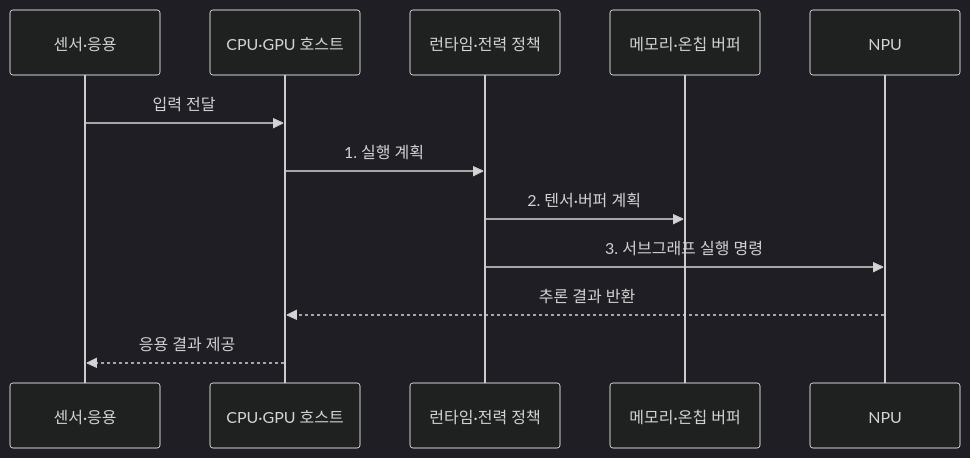
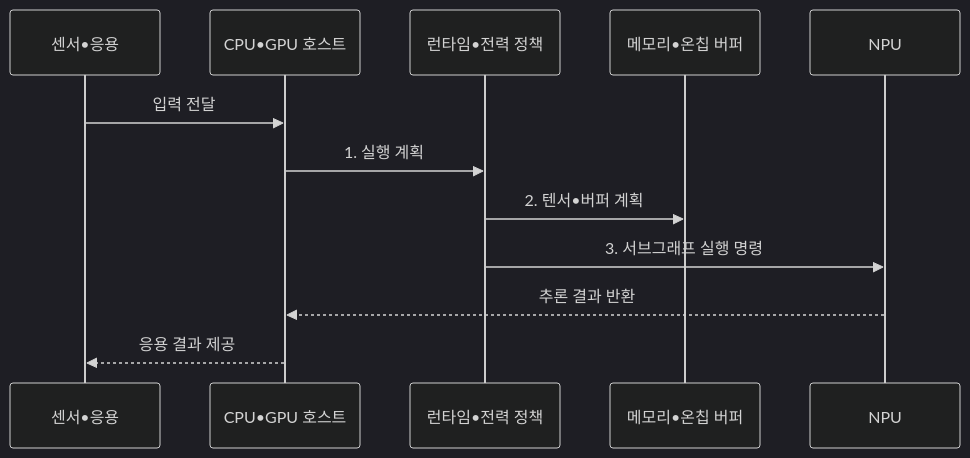
The second of 2 diagrams in src/content/docs/notes/02-hardware/084_soc_on_device_ai_chip.md (agnusdei1207/knowledge-base), drawn with Mermaid (dark theme) before and after one commit. The commit also changed other lines of this file and 953 other files, not shown here.

````diff
--- a/src/content/docs/notes/02-hardware/084_soc_on_device_ai_chip.md
+++ b/src/content/docs/notes/02-hardware/084_soc_on_device_ai_chip.md
@@ -95,15 +95,15 @@
 ```mermaid
 sequenceDiagram
-    participant I as 센서·응용
-    participant H as CPU·GPU 호스트
-    participant R as 런타임·전력 정책
-    participant M as 메모리·온칩 버퍼
+    participant I as 센서•응용
+    participant H as CPU•GPU 호스트
+    participant R as 런타임•전력 정책
+    participant M as 메모리•온칩 버퍼
     participant N as NPU
 
     I->>H: 입력 전달
     H->>R: 1. 실행 계획
-    R->>M: 2. 텐서·버퍼 계획
+    R->>M: 2. 텐서•버퍼 계획
     R->>N: 3. 서브그래프 실행 명령
     N-->>H: 추론 결과 반환
     H-->>I: 응용 결과 제공
 ```
````
